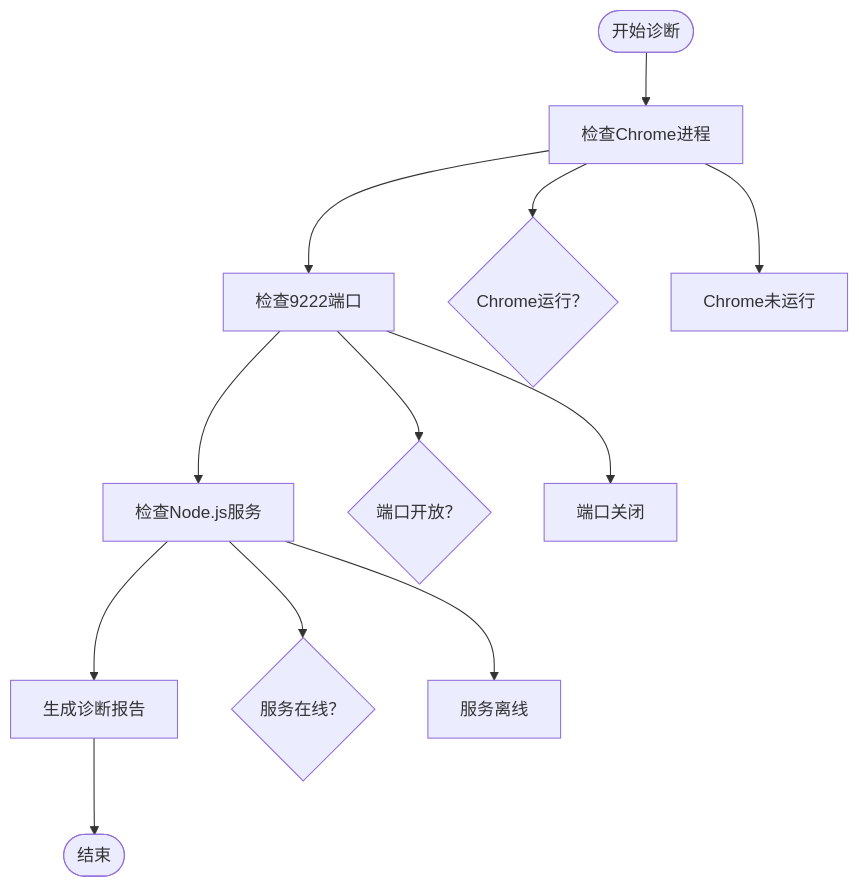
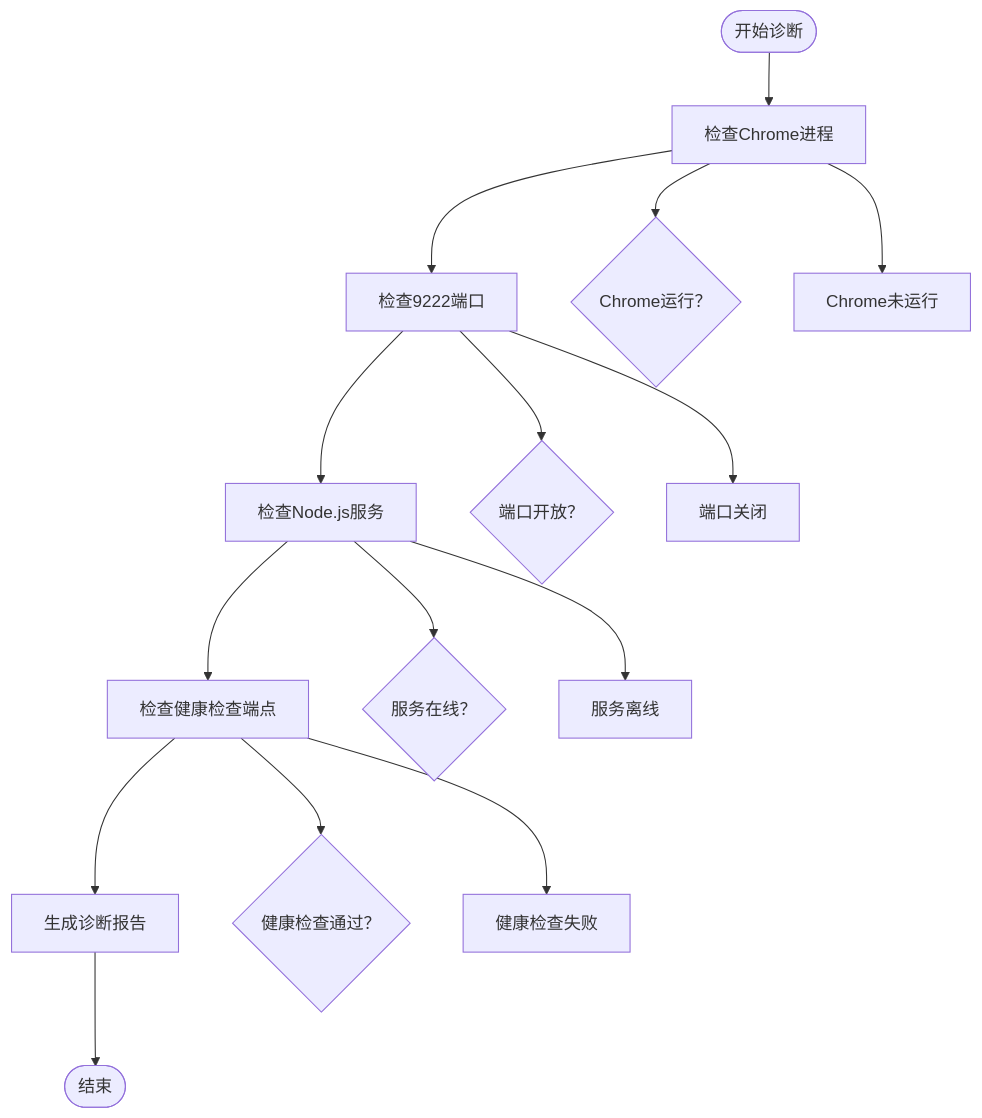
Before and after one commit to wangys-123doit/hotkey: the eighth of 8 diagrams in .qoder/repowiki/zh/content/外部工具集成/Node.js桥接工具.md, drawn with Mermaid. The commit also changed other lines of this file and 5 other files, not shown here.

````diff
--- a/.qoder/repowiki/zh/content/外部工具集成/Node.js桥接工具.md
+++ b/.qoder/repowiki/zh/content/外部工具集成/Node.js桥接工具.md
@@ -457,14 +579,17 @@
 ```mermaid
 flowchart TD
 Start([开始诊断]) --> CheckChrome["检查Chrome进程"]
 CheckChrome --> CheckPort["检查9222端口"]
 CheckPort --> CheckBridge["检查Node.js服务"]
-CheckBridge --> Report["生成诊断报告"]
+CheckBridge --> CheckHealth["检查健康检查端点"]
+CheckHealth --> Report["生成诊断报告"]
 Report --> End([结束])
 CheckChrome --> ChromeOK{"Chrome运行？"}
 CheckChrome --> ChromeFail["Chrome未运行"]
 CheckPort --> PortOK{"端口开放？"}
 CheckPort --> PortFail["端口关闭"]
 CheckBridge --> BridgeOK{"服务在线？"}
 CheckBridge --> BridgeFail["服务离线"]
+CheckHealth --> HealthOK{"健康检查通过？"}
+CheckHealth --> HealthFail["健康检查失败"]
 ```
````
